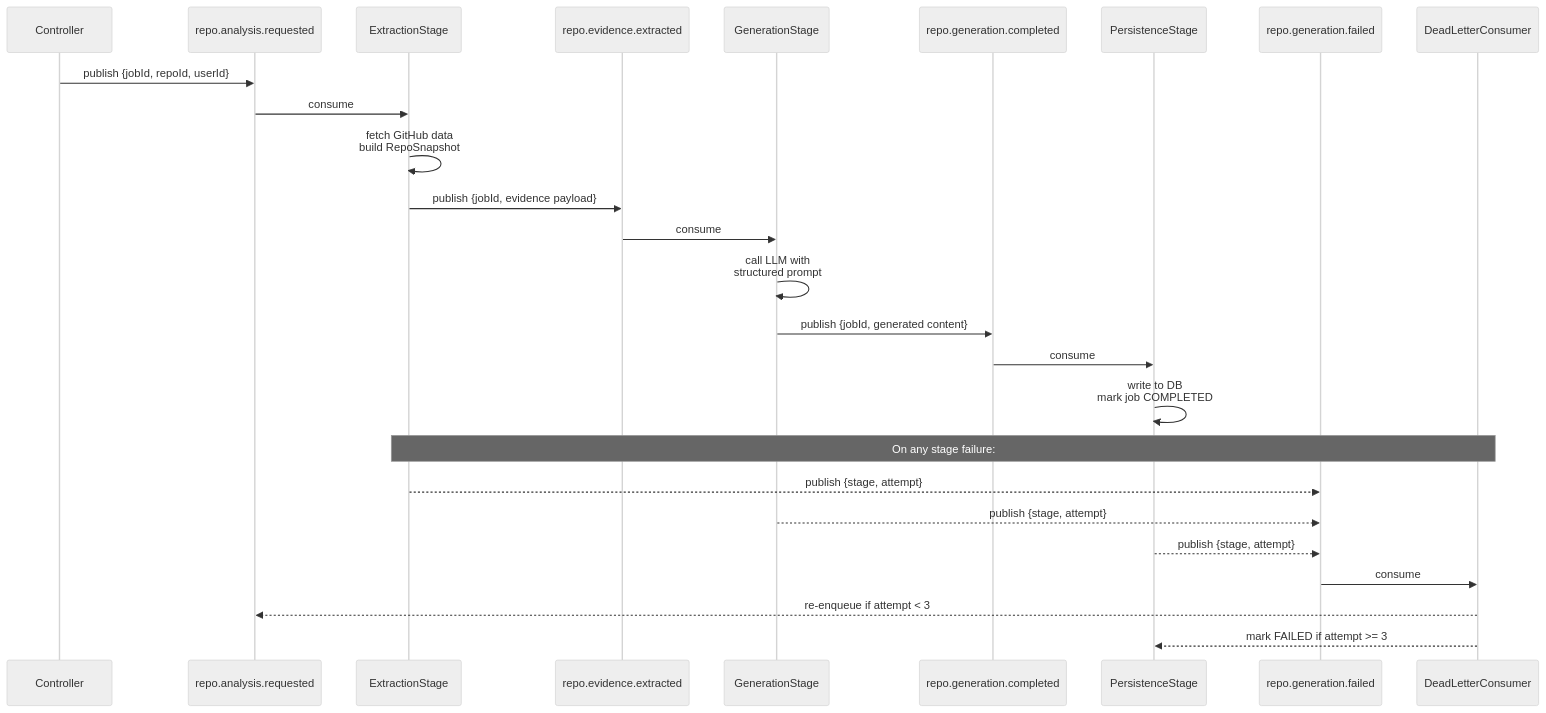
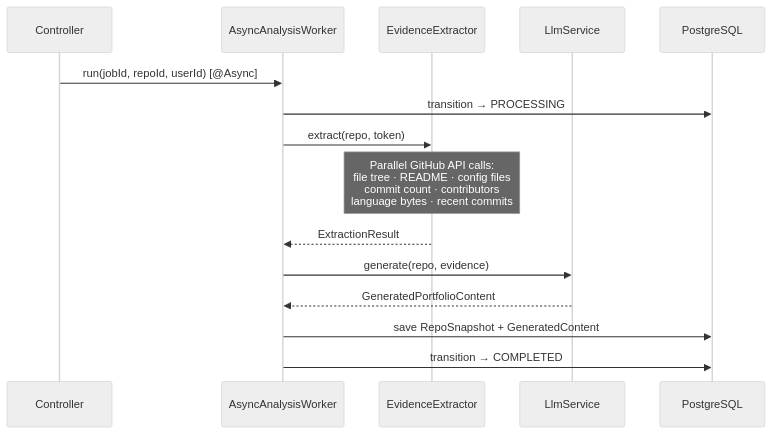
The second of 5 diagrams in README.md (kusum-bhattarai/github-to-portfolio), drawn with Mermaid (neutral theme) before and after one commit. The commit also changed other lines of this file, not shown here.

````diff
--- a/README.md
+++ b/README.md
@@ -42,30 +43,18 @@
 ```mermaid
 sequenceDiagram
     participant C as Controller
-    participant K1 as repo.analysis.requested
-    participant ES as ExtractionStage
-    participant K2 as repo.evidence.extracted
-    participant GS as GenerationStage
-    participant K3 as repo.generation.completed
-    participant PS as PersistenceStage
-    participant DLQ as repo.generation.failed
-    participant DL as DeadLetterConsumer
+    participant W as AsyncAnalysisWorker
+    participant EE as EvidenceExtractor
+    participant LLM as LlmService
+    participant DB as PostgreSQL
 
-    C->>K1: publish {jobId, repoId, userId}
-    K1->>ES: consume
-    ES->>ES: fetch GitHub data<br/>build RepoSnapshot
-    ES->>K2: publish {jobId, evidence payload}
-    K2->>GS: consume
-    GS->>GS: call LLM with<br/>structured prompt
-    GS->>K3: publish {jobId, generated content}
-    K3->>PS: consume
-    PS->>PS: write to DB<br/>mark job COMPLETED
-
-    Note over ES,DL: On any stage failure:
-    ES-->>DLQ: publish {stage, attempt}
-    GS-->>DLQ: publish {stage, attempt}
-    PS-->>DLQ: publish {stage, attempt}
-    DLQ->>DL: consume
-    DL-->>K1: re-enqueue if attempt < 3
-    DL-->>PS: mark FAILED if attempt >= 3
+    C->>W: run(jobId, repoId, userId) [@Async]
+    W->>DB: transition → PROCESSING
+    W->>EE: extract(repo, token)
+    note over EE: Parallel GitHub API calls:<br/>file tree · README · config files<br/>commit count · contributors<br/>language bytes · recent commits
+    EE-->>W: ExtractionResult
+    W->>LLM: generate(repo, evidence)
+    LLM-->>W: GeneratedPortfolioContent
+    W->>DB: save RepoSnapshot + GeneratedContent
+    W->>DB: transition → COMPLETED
 ```
````
